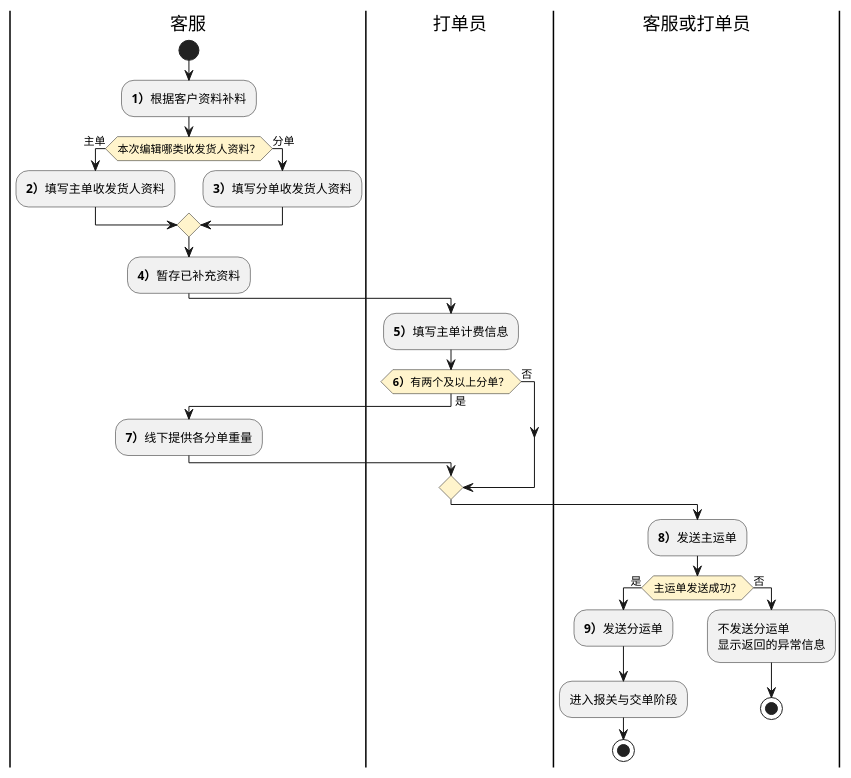
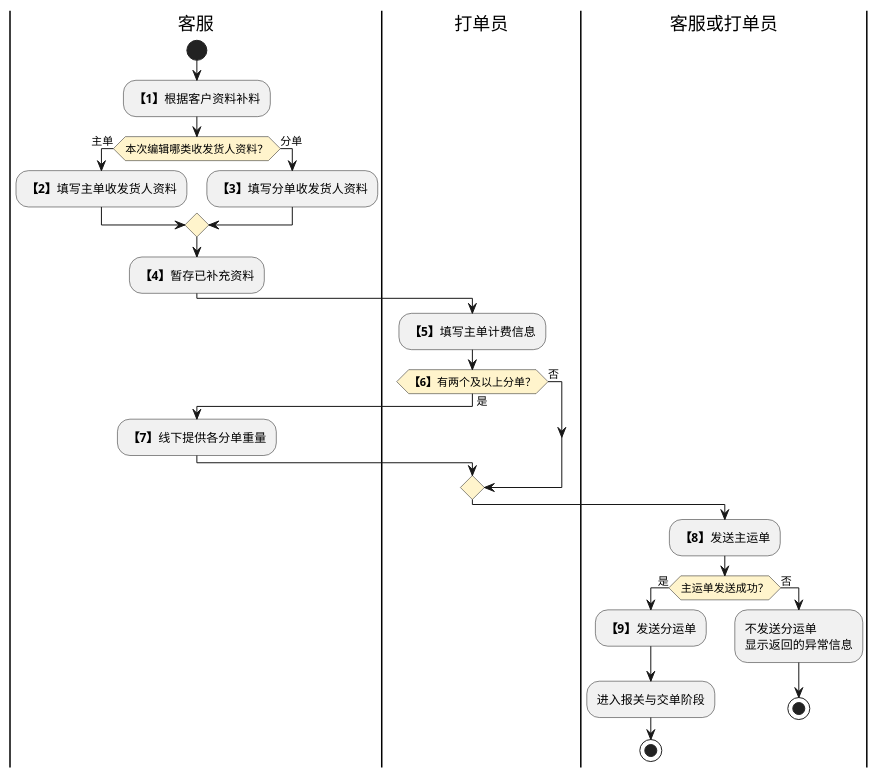
Before and after one commit to jack888332/projects-doc: the first of 4 diagrams in product-caliber/goldjet/segmented-prd/PRD.高捷物流系统一期.第011篇.空运提单与航司推送.ED54E43A14.md, drawn with PlantUML. The commit also changed other lines of this file and 12 other files, not shown here.

Commit message:
完善DSL图

````diff
--- a/product-caliber/goldjet/segmented-prd/PRD.高捷物流系统一期.第011篇.空运提单与航司推送.ED54E43A14.md
+++ b/product-caliber/goldjet/segmented-prd/PRD.高捷物流系统一期.第011篇.空运提单与航司推送.ED54E43A14.md
@@ -49,31 +49,31 @@
 ```plantuml
 @startuml goldjet-011-waybill-preparation
 skinparam activityDiamondBackgroundColor #FFF4CC
 |客服|
 start
-:**1）**根据客户资料补料;
+:**【1】**根据客户资料补料;
 if (本次编辑哪类收发货人资料？) then (主单)
-  :**2）**填写主单收发货人资料;
+  :**【2】**填写主单收发货人资料;
 else (分单)
-  :**3）**填写分单收发货人资料;
+  :**【3】**填写分单收发货人资料;
 endif
-:**4）**暂存已补充资料;
+:**【4】**暂存已补充资料;
 |打单员|
-:**5）**填写主单计费信息;
-if (**6）**有两个及以上分单？) then (是)
+:**【5】**填写主单计费信息;
+if (**【6】**有两个及以上分单？) then (是)
   |客服|
-  :**7）**线下提供各分单重量;
+  :**【7】**线下提供各分单重量;
 else (否)
 endif
 |客服或打单员|
-:**8）**发送主运单;
+:**【8】**发送主运单;
 if (主运单发送成功？) then (是)
-  :**9）**发送分运单;
+  :**【9】**发送分运单;
   :进入报关与交单阶段;
   stop
 else (否)
   :不发送分运单\n显示返回的异常信息;
   stop
 endif
 @enduml
 ```
````
